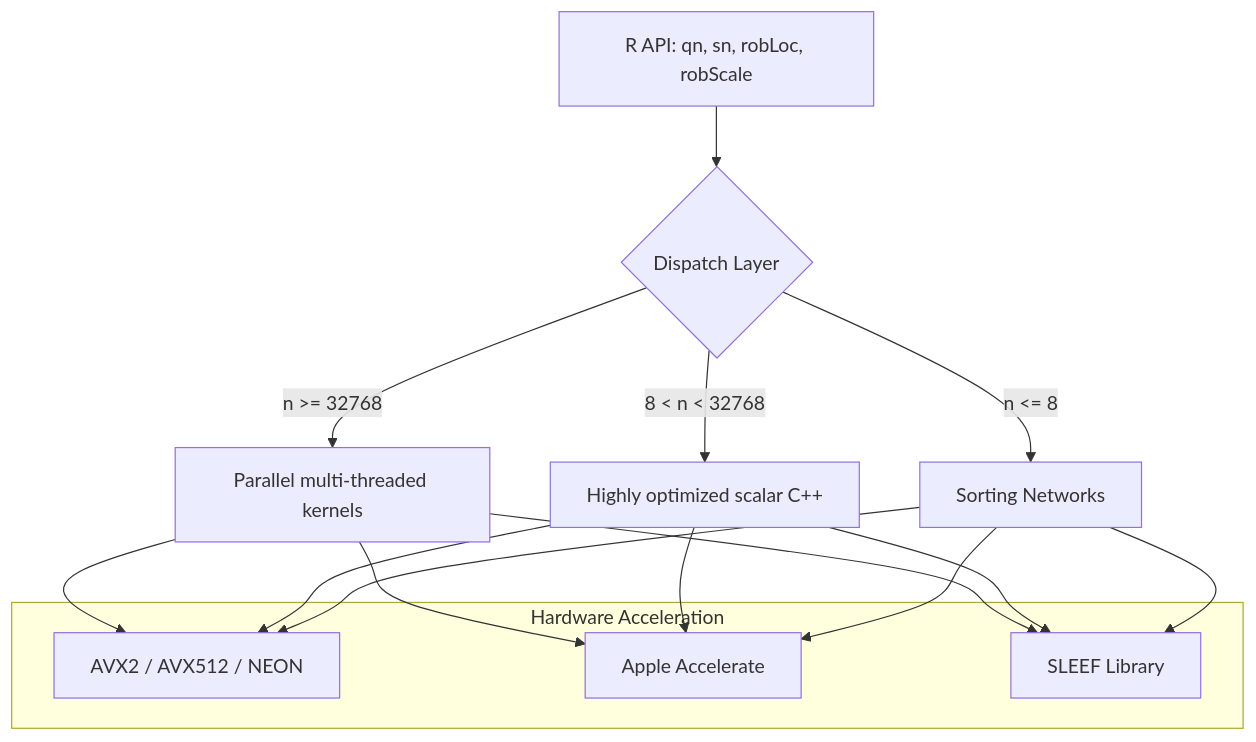
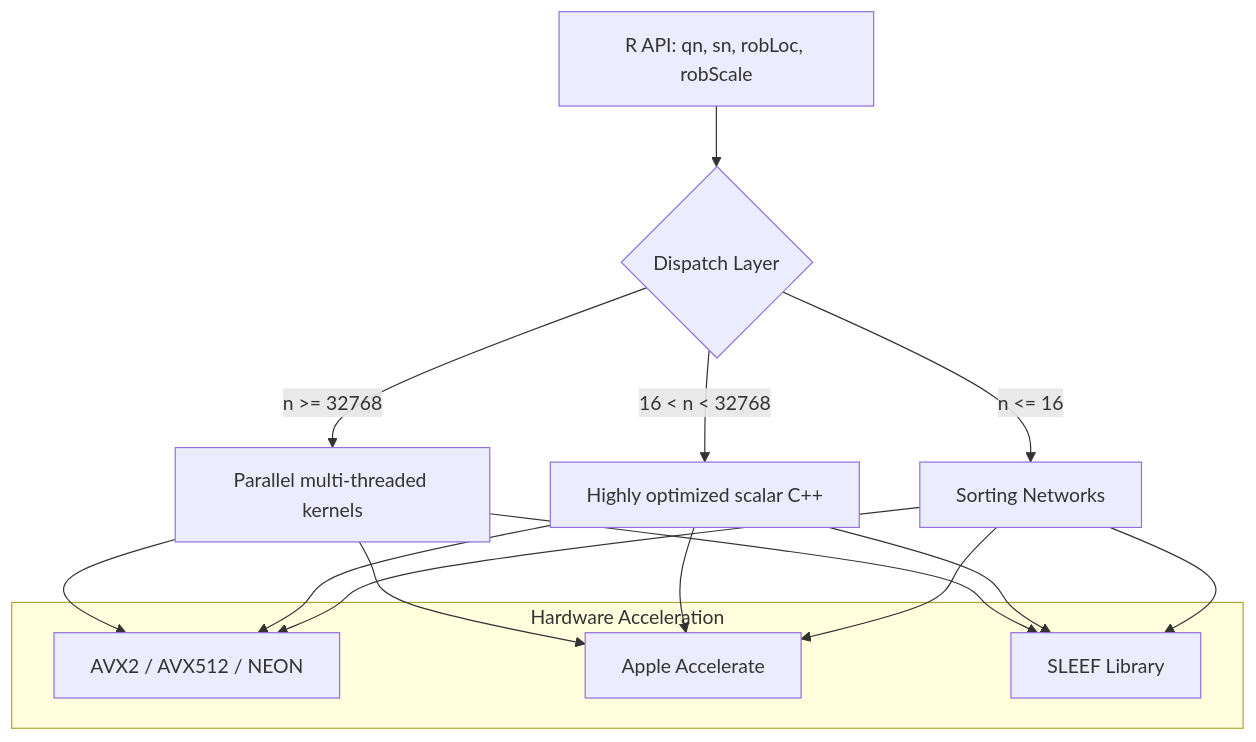
One commit to davdittrich/robscale changed the third of 3 diagrams in README.qmd. Above: the diagram before and after it, drawn with Mermaid. The commit also changed other lines of this file and 10 other files, not shown here.

First line of the commit message:
release: v0.1.6 — extend sorting networks to n<=16, bug fixes

````diff
--- a/README.qmd
+++ b/README.qmd
@@ -535,13 +544,13 @@
 ```mermaid
 graph TD
     A[R API: qn, sn, robLoc, robScale] --> B{Dispatch Layer}
-    B -- "n <= 8" --> C[Sorting Networks]
-    B -- "8 < n < 32768" --> D[Highly optimized scalar C++]
+    B -- "n <= 16" --> C[Sorting Networks]
+    B -- "16 < n < 32768" --> D[Highly optimized scalar C++]
     B -- "n >= 32768" --> E[Parallel multi-threaded kernels]
     subgraph "Hardware Acceleration"
         G[AVX2 / AVX512 / NEON]
         H[Apple Accelerate]
         I[SLEEF Library]
     end
     E & D & C --> G & H & I
 ```
````
